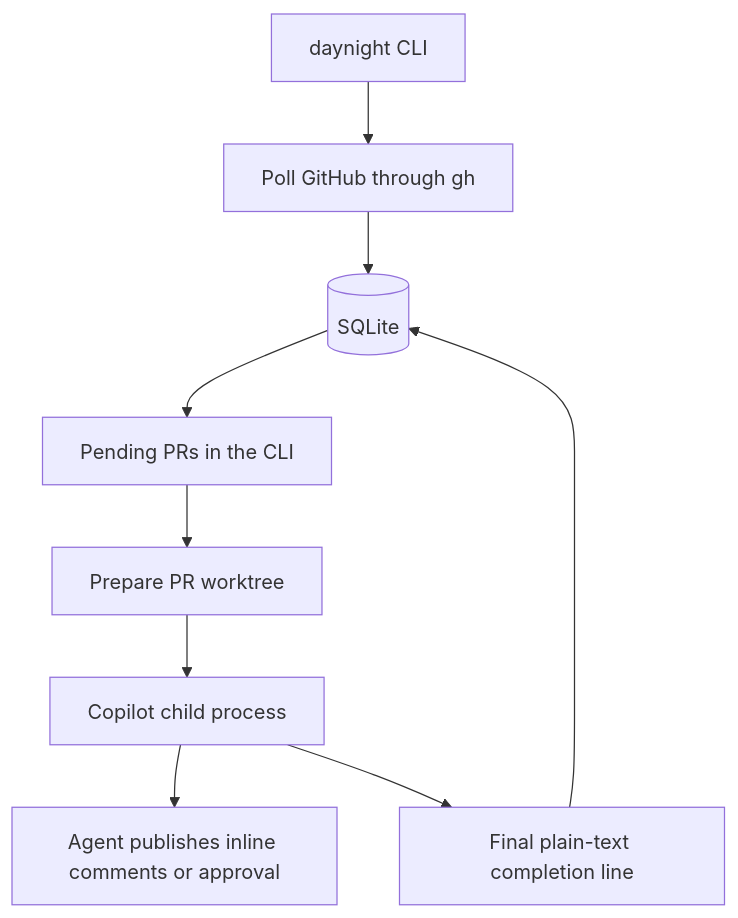
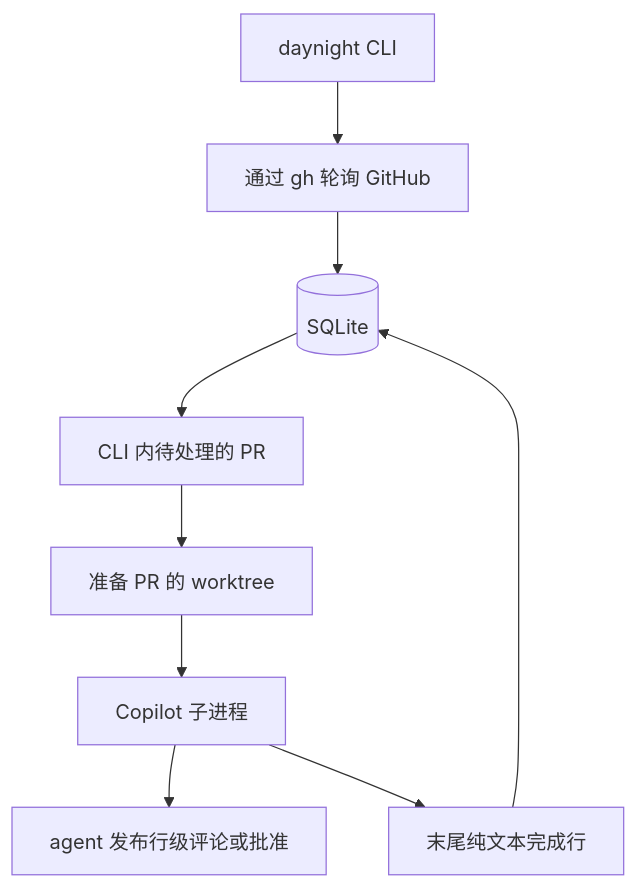
Before and after one commit to codetreker/day-night: the diagram in docs/design/daynight.md, drawn with Mermaid. The commit also changed other lines of this file and 1 other file, not shown here.

````diff
--- a/docs/design/daynight.md
+++ b/docs/design/daynight.md
@@ -55,11 +51,11 @@
 ```mermaid
 flowchart TD
-    CLI[daynight CLI] --> Poll[Poll GitHub through gh]
+    CLI[daynight CLI] --> Poll[通过 gh 轮询 GitHub]
     Poll --> DB[(SQLite)]
-    DB --> Queue[Pending PRs in the CLI]
-    Queue --> Git[Prepare PR worktree]
-    Git --> Agent[Copilot child process]
-    Agent --> GitHub[Agent publishes inline comments or approval]
-    Agent --> Marker[Final plain-text completion line]
+    DB --> Queue[CLI 内待处理的 PR]
+    Queue --> Git[准备 PR 的 worktree]
+    Git --> Agent[Copilot 子进程]
+    Agent --> GitHub[agent 发布行级评论或批准]
+    Agent --> Marker[末尾纯文本完成行]
     Marker --> DB
 ```
````
